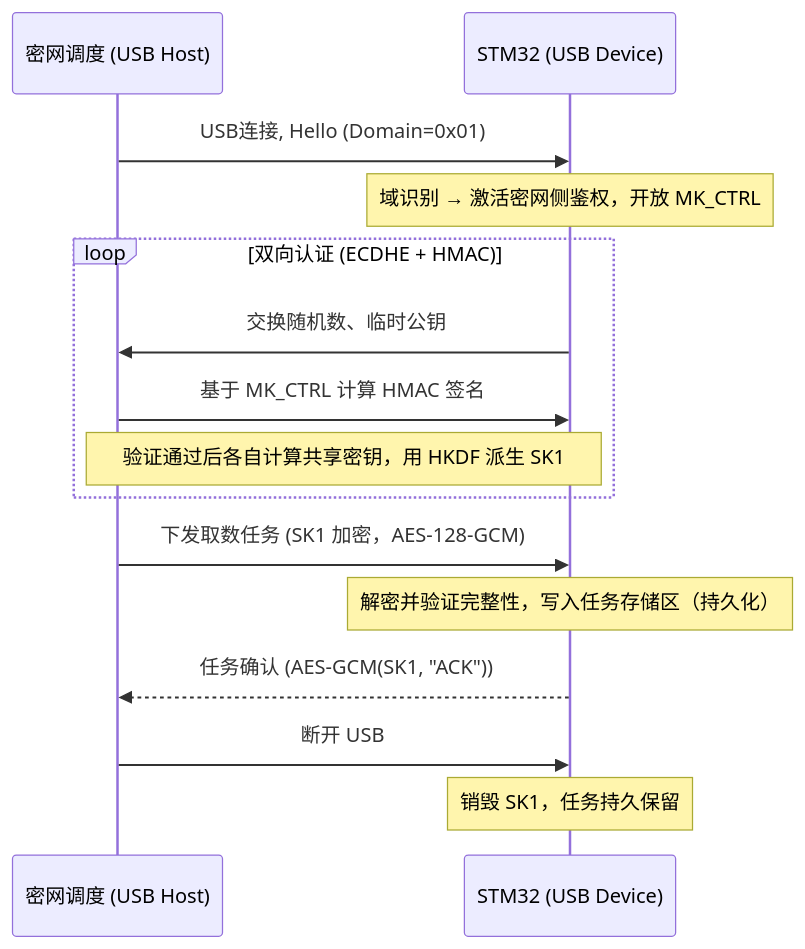
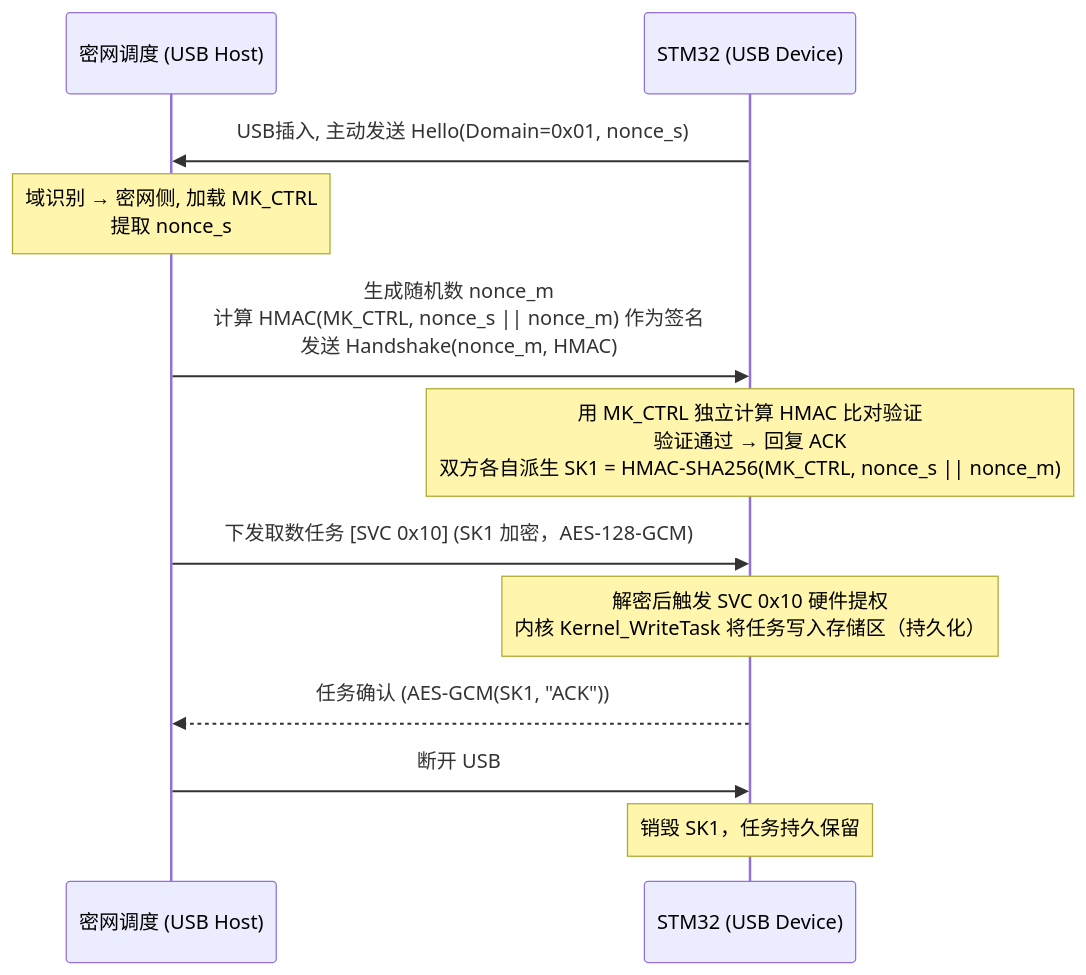
Before and after one commit to zsj8844/uuOS: the second of 4 diagrams in 文档管理/设计文档3.md, drawn with Mermaid. The commit also changed other lines of this file and 65 other files, not shown here.

````diff
--- a/文档管理/设计文档3.md
+++ b/文档管理/设计文档3.md
@@ -125,21 +139,18 @@
 ```mermaid
 sequenceDiagram
     participant 调度 as 密网调度 (USB Host)
     participant STM32 as STM32 (USB Device)
 
-    调度->>STM32: USB连接, Hello (Domain=0x01)
-    Note over STM32: 域识别 → 激活密网侧鉴权，开放 MK_CTRL
+    STM32->>调度: USB插入, 主动发送 Hello(Domain=0x01, nonce_s)
+    Note over 调度: 域识别 → 密网侧, 加载 MK_CTRL<br/>提取 nonce_s
 
-    loop 双向认证 (ECDHE + HMAC)
-        STM32->>调度: 交换随机数、临时公钥
-        调度->>STM32: 基于 MK_CTRL 计算 HMAC 签名
-        Note over 调度,STM32: 验证通过后各自计算共享密钥，用 HKDF 派生 SK1
-    end
+    调度->>STM32: 生成随机数 nonce_m<br/>计算 HMAC(MK_CTRL, nonce_s || nonce_m) 作为签名<br/>发送 Handshake(nonce_m, HMAC)
+    Note over STM32: 用 MK_CTRL 独立计算 HMAC 比对验证<br/>验证通过 → 回复 ACK<br/>双方各自派生 SK1 = HMAC-SHA256(MK_CTRL, nonce_s || nonce_m)
 
-    调度->>STM32: 下发取数任务 (SK1 加密，AES-128-GCM)
-    Note over STM32: 解密并验证完整性，写入任务存储区（持久化）
+    调度->>STM32: 下发取数任务 [SVC 0x10] (SK1 加密，AES-128-GCM)
+    Note over STM32: 解密后触发 SVC 0x10 硬件提权<br/>内核 Kernel_WriteTask 将任务写入存储区（持久化）
     STM32-->>调度: 任务确认 (AES-GCM(SK1, "ACK"))
 
     调度->>STM32: 断开 USB
     Note over STM32: 销毁 SK1，任务持久保留
 ```
````
